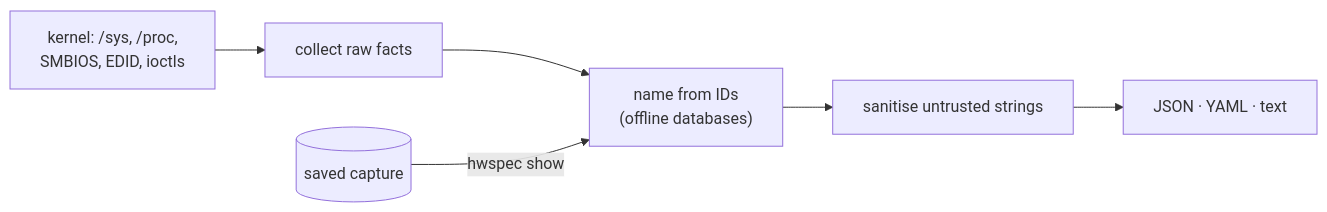
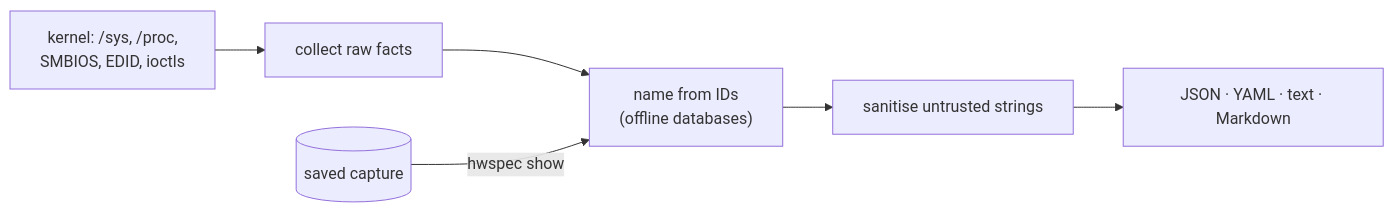
The first of 5 diagrams in README.md (jiegui2025/hwspec), drawn with Mermaid before and after one commit. The commit also changed other lines of this file and 8 other files, not shown here.

First line of the commit message:
feat(cli): Markdown report with tables and Mermaid diagrams (-f md)

````diff
--- a/README.md
+++ b/README.md
@@ -65,8 +65,8 @@
 ```mermaid
 flowchart LR
   k["kernel: /sys, /proc,<br/>SMBIOS, EDID, ioctls"] --> c[collect raw facts]
   c --> n["name from IDs<br/>(offline databases)"]
   n --> s[sanitise untrusted strings]
-  s --> o["JSON · YAML · text"]
+  s --> o["JSON · YAML · text · Markdown"]
   saved[(saved capture)] -->|hwspec show| n
 ```
````
